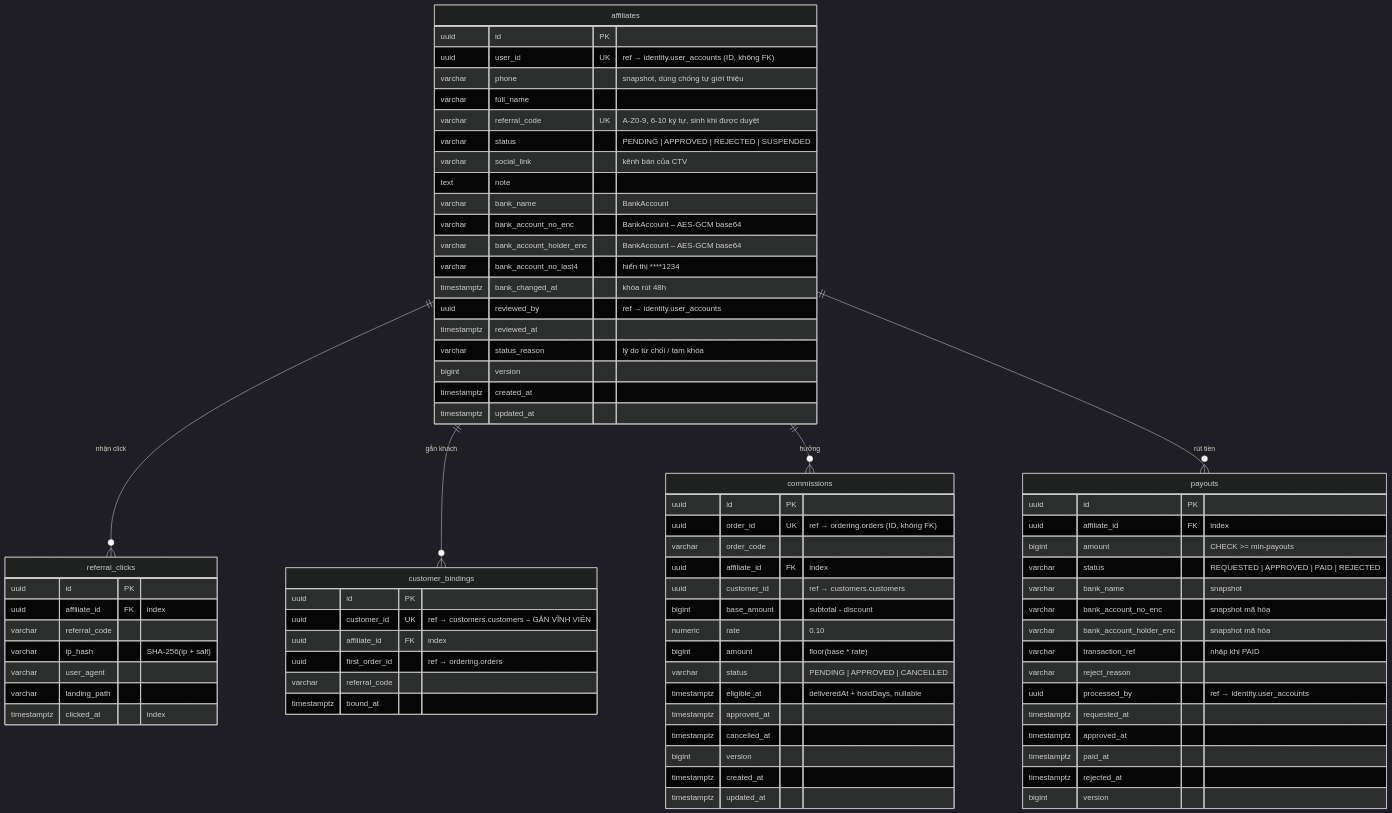
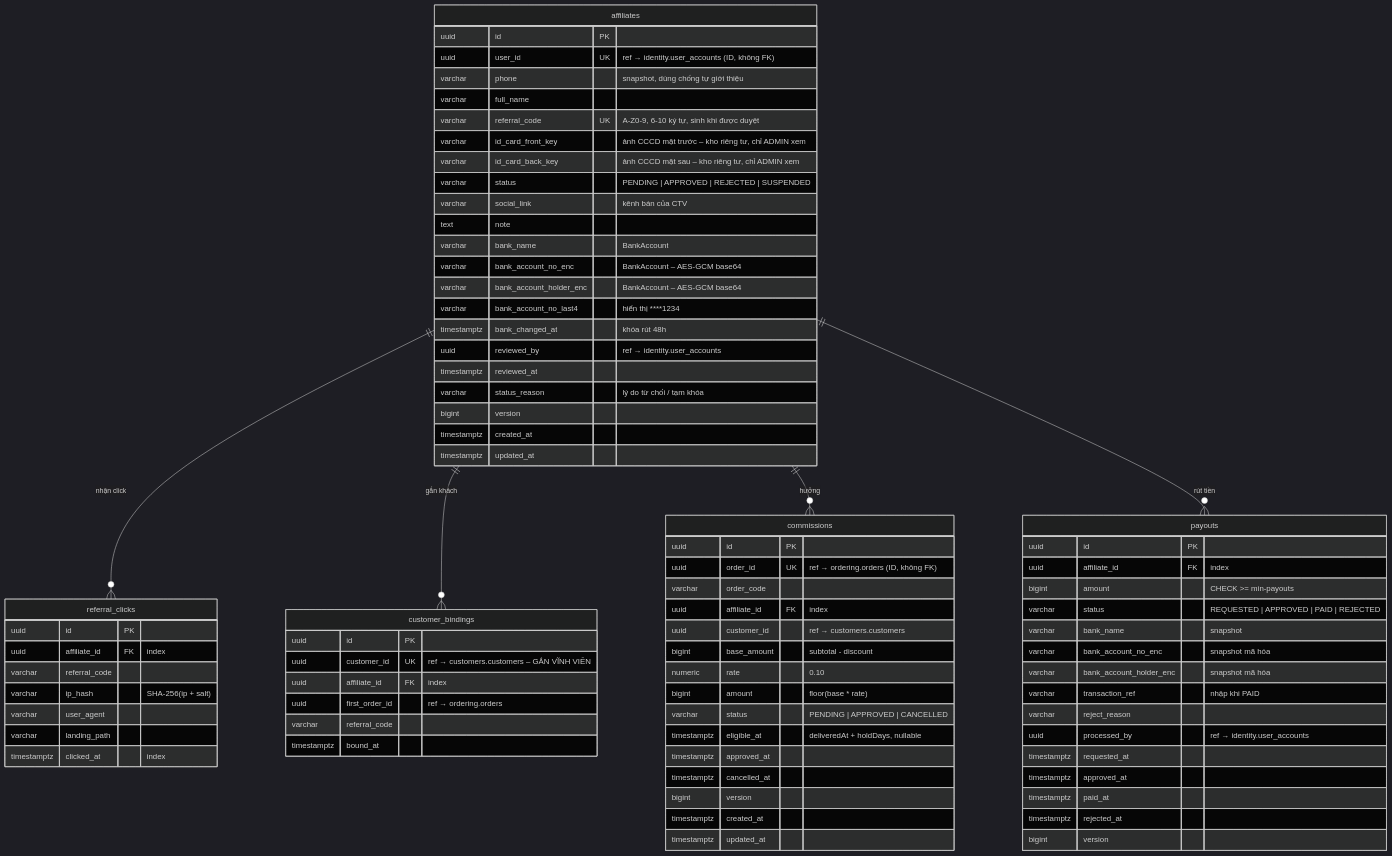
Before and after one commit to Vietnguyen203/Hwingroupweb: the fifth of 6 diagrams in docs/02-erd.md, drawn with Mermaid (dark theme). The commit also changed 26 other files, not shown here.

Commit message:
feat: ảnh CCCD khi đăng ký CTV (kho riêng tư, chỉ admin xem, có audit)

```diff
--- a/docs/02-erd.md
+++ b/docs/02-erd.md
@@ -368,6 +368,8 @@
         varchar phone "snapshot, dùng chống tự giới thiệu"
         varchar full_name
         varchar referral_code UK "A-Z0-9, 6-10 ký tự, sinh khi được duyệt"
+        varchar id_card_front_key "ảnh CCCD mặt trước – kho riêng tư, chỉ ADMIN xem"
+        varchar id_card_back_key "ảnh CCCD mặt sau – kho riêng tư, chỉ ADMIN xem"
         varchar status "PENDING | APPROVED | REJECTED | SUSPENDED"
         varchar social_link "kênh bán của CTV"
         text note
```
